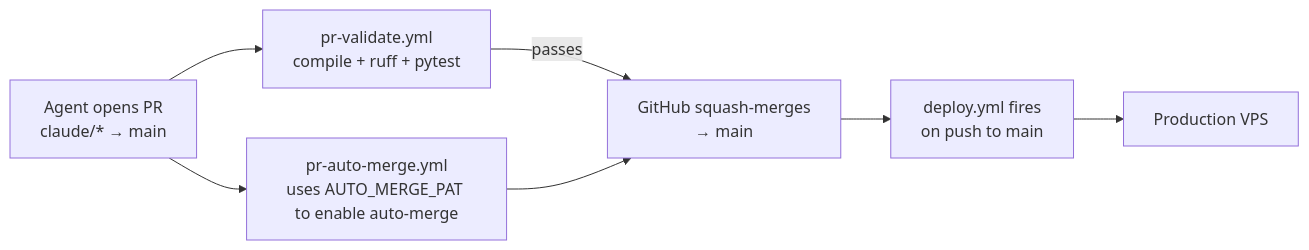
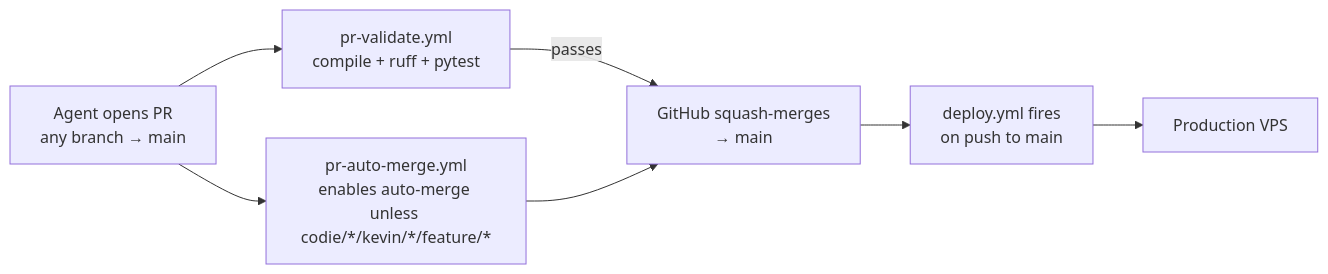
Before and after one commit to Kjdragan/universal_agent: the diagram in docs/deployment/ci_cd_pipeline.md, drawn with Mermaid. The commit also changed other lines of this file and 3 other files, not shown here.

First line of the commit message:
docs: update auto-merge policy across all CI/CD docs (2026-05-17)

````diff
--- a/docs/deployment/ci_cd_pipeline.md
+++ b/docs/deployment/ci_cd_pipeline.md
@@ -32,9 +32,9 @@
 ```mermaid
 flowchart LR
-    A[Agent opens PR<br/>claude/* → main] --> B[pr-validate.yml<br/>compile + ruff + pytest]
-    A --> C[pr-auto-merge.yml<br/>uses AUTO_MERGE_PAT to enable auto-merge]
+    A[Agent opens PR<br/>any branch → main] --> B[pr-validate.yml<br/>compile + ruff + pytest]
+    A --> C[pr-auto-merge.yml<br/>enables auto-merge unless codie/*/kevin/*/feature/*]
     B -->|passes| D[GitHub squash-merges<br/>→ main]
     C --> D
     D --> E[deploy.yml fires<br/>on push to main]
     E --> F[Production VPS]
 ```
````
